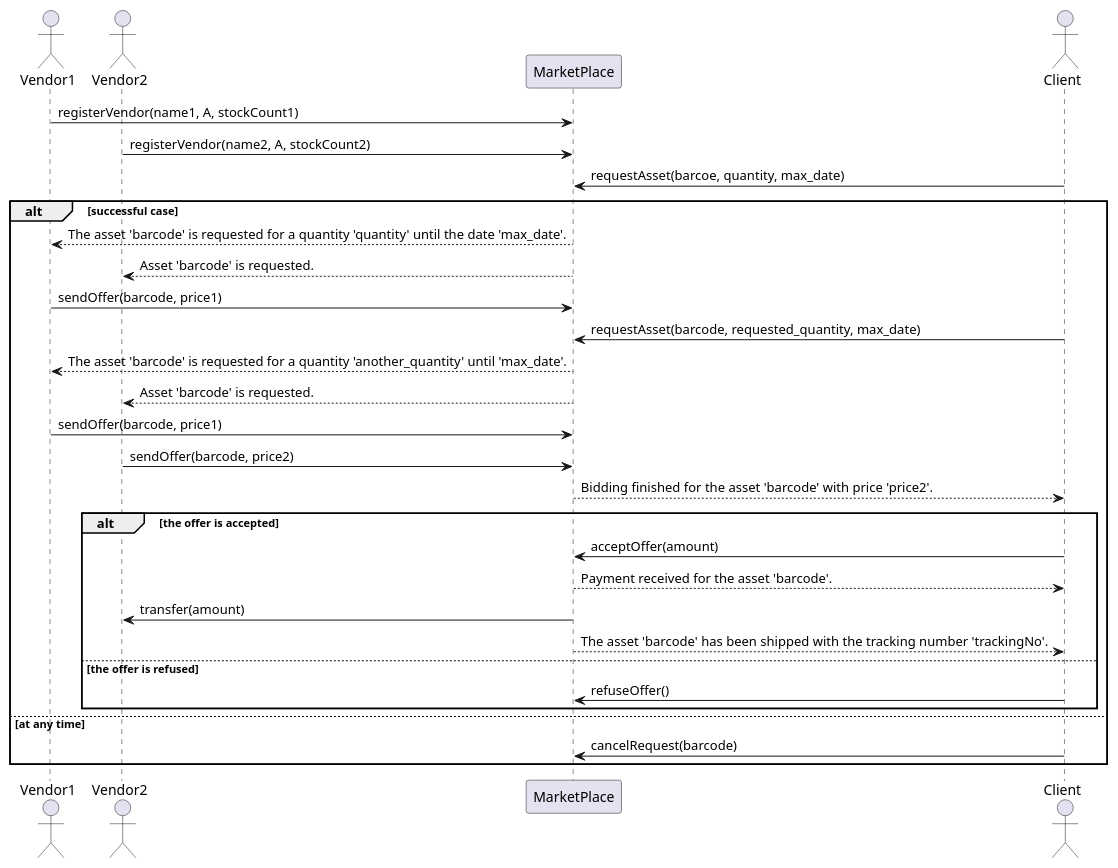
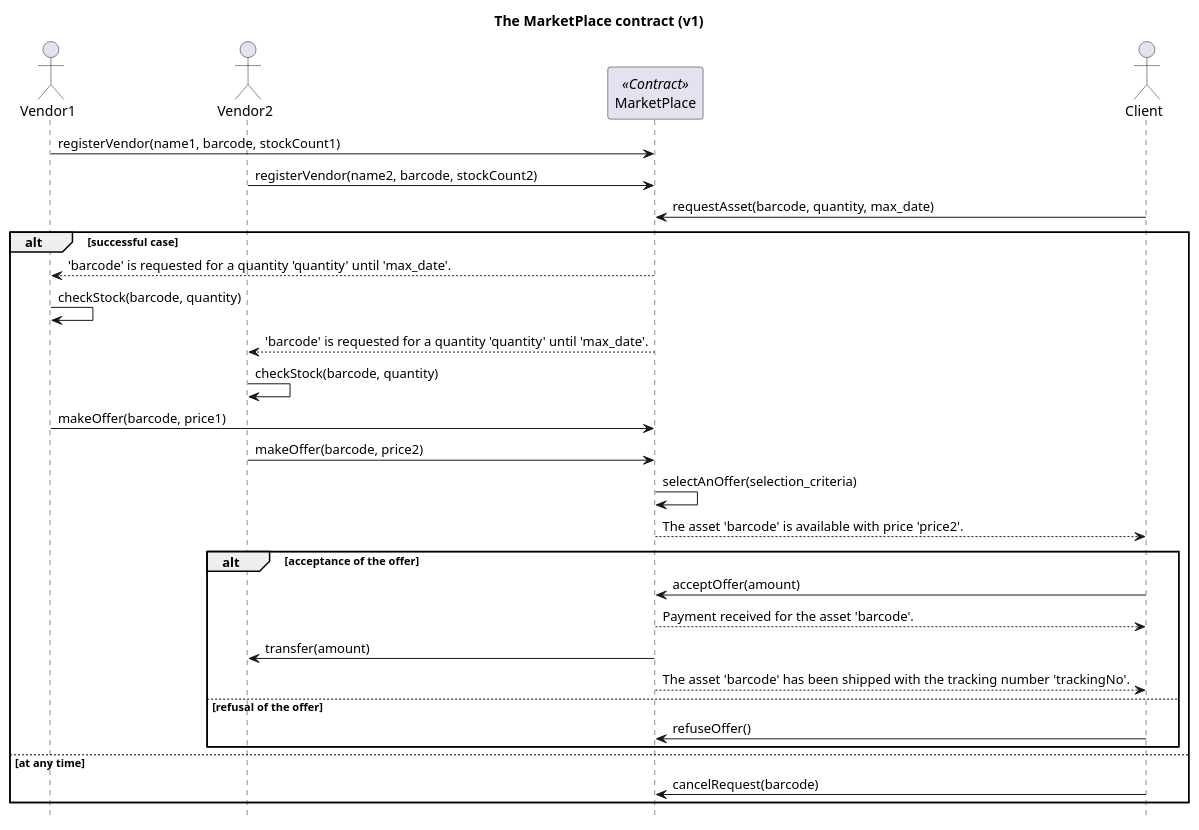
The diagram in ethereum/local-private-network/contracts/MarketPlace-v01/sequence_diagram.plantuml (ogurcan/blockchain), drawn with PlantUML before and after one commit.

```diff
--- a/ethereum/local-private-network/contracts/MarketPlace-v01/sequence_diagram.plantuml
+++ b/ethereum/local-private-network/contracts/MarketPlace-v01/sequence_diagram.plantuml
@@ -1,32 +1,34 @@
 @startuml
+hide footbox
+title The MarketPlace contract (v1)
+
 actor Vendor1
 actor Vendor2
-participant MarketPlace
+participant MarketPlace <<Contract>>
 actor Client
 
-Vendor1->MarketPlace : registerVendor(name1, A, stockCount1)
-Vendor2->MarketPlace : registerVendor(name2, A, stockCount2)
-Client->MarketPlace : requestAsset(barcoe, quantity, max_date)
+Vendor1->MarketPlace : registerVendor(name1, barcode, stockCount1)
+Vendor2->MarketPlace : registerVendor(name2, barcode, stockCount2)
+Client->MarketPlace : requestAsset(barcode, quantity, max_date)
 
 alt successful case
-   MarketPlace-->Vendor1 : The asset 'barcode' is requested for a quantity 'quantity' until the date 'max_date'.
-   MarketPlace-->Vendor2 : Asset 'barcode' is requested.
-   Vendor1->MarketPlace : sendOffer(barcode, price1)
-   Client->MarketPlace : requestAsset(barcode, requested_quantity, max_date)
-   MarketPlace-->Vendor1 : The asset 'barcode' is requested for a quantity 'another_quantity' until 'max_date'.
-   MarketPlace-->Vendor2 : Asset 'barcode' is requested.
-   Vendor1->MarketPlace : sendOffer(barcode, price1)
-   Vendor2->MarketPlace : sendOffer(barcode, price2)
-   MarketPlace-->Client : Bidding finished for the asset 'barcode' with price 'price2'.
-   alt the offer is accepted
+   MarketPlace-->Vendor1 : 'barcode' is requested for a quantity 'quantity' until 'max_date'.
+   Vendor1->Vendor1 : checkStock(barcode, quantity)
+   MarketPlace-->Vendor2 : 'barcode' is requested for a quantity 'quantity' until 'max_date'.
+   Vendor2->Vendor2 : checkStock(barcode, quantity)
+   Vendor1->MarketPlace : makeOffer(barcode, price1)
+   Vendor2->MarketPlace : makeOffer(barcode, price2)
+   MarketPlace->MarketPlace : selectAnOffer(selection_criteria) 
+   MarketPlace-->Client : The asset 'barcode' is available with price 'price2'. 
+   alt acceptance of the offer
       Client->MarketPlace : acceptOffer(amount)
       MarketPlace-->Client : Payment received for the asset 'barcode'.
       MarketPlace-> Vendor2: transfer(amount)
       MarketPlace-->Client : The asset 'barcode' has been shipped with the tracking number 'trackingNo'.
-   else the offer is refused
+   else refusal of the offer
       Client->MarketPlace : refuseOffer()
    end
 else at any time
    Client->MarketPlace : cancelRequest(barcode)
 end
 @enduml
```
